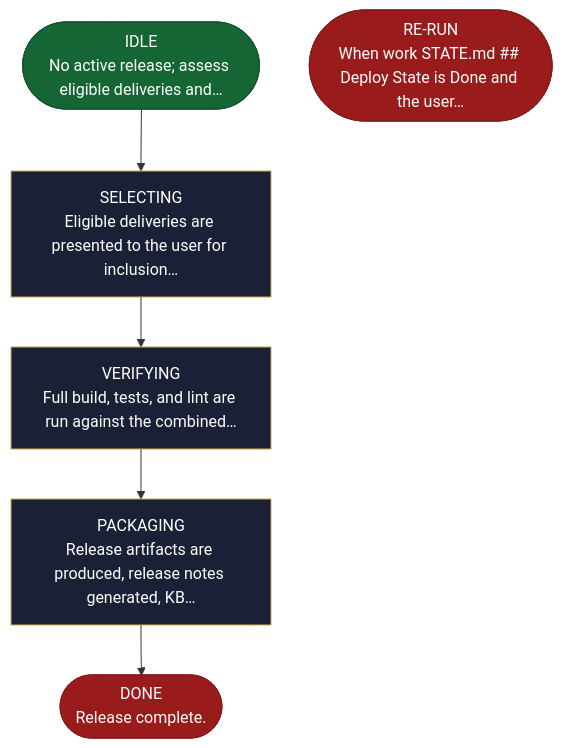
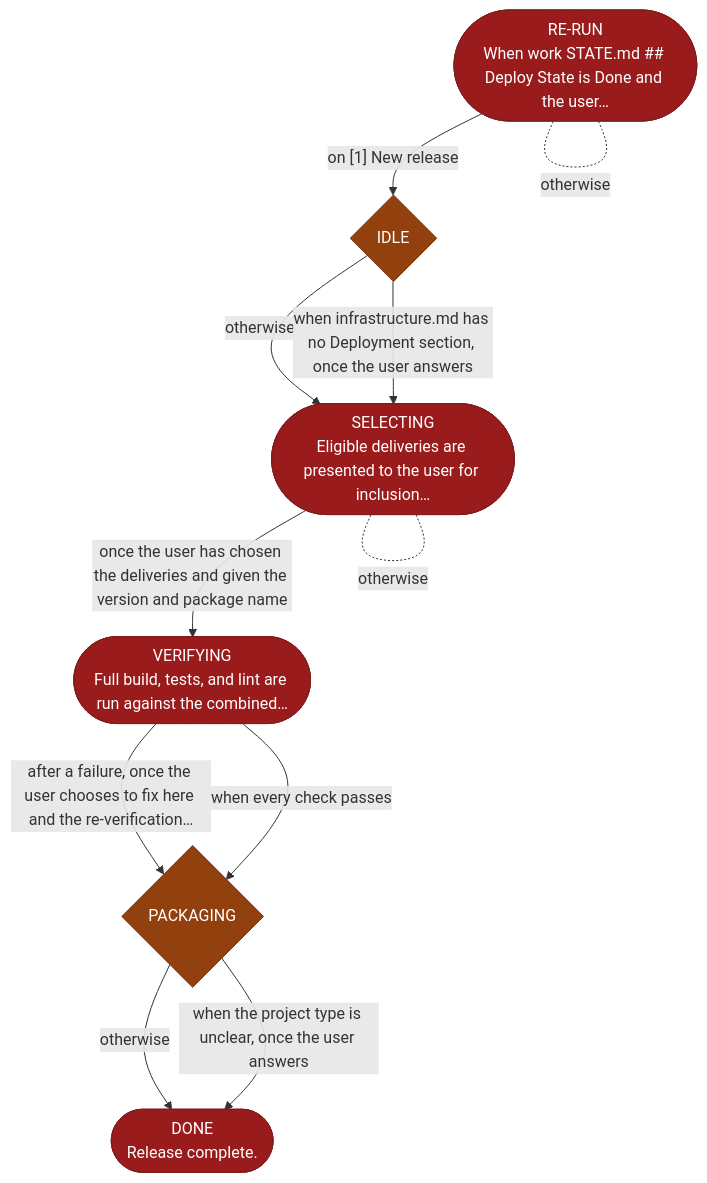
One commit to AndreVianna/aid-methodology changed the diagram in site/src/content/docs/skills/aid-deploy.md. Above: the diagram before and after it, drawn with Mermaid. The commit also changed other lines of this file and 20 other files, not shown here.

First line of the commit message:
task-043: aid-deploy, aid-monitor, the ticket, connector and setup skills on the step rules

````diff
--- a/site/src/content/docs/skills/aid-deploy.md
+++ b/site/src/content/docs/skills/aid-deploy.md
@@ -19,31 +19,37 @@
 ```mermaid
 flowchart TB
   classDef aidNode color:#fff
   classDef aidEntry fill:#166534,stroke:#14532d,color:#fff
   classDef aidExit fill:#991b1b,stroke:#7f1d1d,color:#fff
   classDef aidDecision fill:#92400e,stroke:#78350f,color:#fff
   classDef aidLoopBack fill:#1e3a8a,stroke:#1e3a8a,color:#fff
   classDef aidStep fill:#1a2035,stroke:#d4a853,color:#f1f5f9
-  n1(["IDLE<br/>No active release; assess eligible deliveries and…"])
-  n2["SELECTING<br/>Eligible deliveries are presented to the user for inclusion…"]
-  n3["VERIFYING<br/>Full build, tests, and lint are run against the combined…"]
-  n4["PACKAGING<br/>Release artifacts are produced, release notes generated, KB…"]
+  n1{"IDLE"}
+  n2(["SELECTING<br/>Eligible deliveries are presented to the user for inclusion…"])
+  n3(["VERIFYING<br/>Full build, tests, and lint are run against the combined…"])
+  n4{"PACKAGING"}
   n5(["DONE<br/>Release complete."])
   n6(["RE-RUN<br/>When work STATE.md ## Deploy State is Done and the user…"])
-  n1 --> n2
-  n2 --> n3
-  n3 --> n4
-  n4 --> n5
-  class n1 aidEntry
-  class n2 aidStep
-  class n3 aidStep
-  class n4 aidStep
+  n1 -->|"otherwise"| n2
+  n1 -->|"when infrastructure.md has no Deployment section, once the user answers"| n2
+  n2 -. "otherwise" .- n2
+  n2 -->|"once the user has chosen the deliveries and given the version and package name"| n3
+  n3 -->|"after a failure, once the user chooses to fix here and the re-verification…"| n4
+  n3 -->|"when every check passes"| n4
+  n4 -->|"otherwise"| n5
+  n4 -->|"when the project type is unclear, once the user answers"| n5
+  n6 -->|"on [1] New release"| n1
+  n6 -. "otherwise" .- n6
+  class n1 aidDecision
+  class n2 aidExit
+  class n3 aidExit
+  class n4 aidDecision
   class n5 aidExit
   class n6 aidExit
   class n1 aidNode
   class n2 aidNode
   class n3 aidNode
   class n4 aidNode
   class n5 aidNode
   class n6 aidNode
 ```
````
